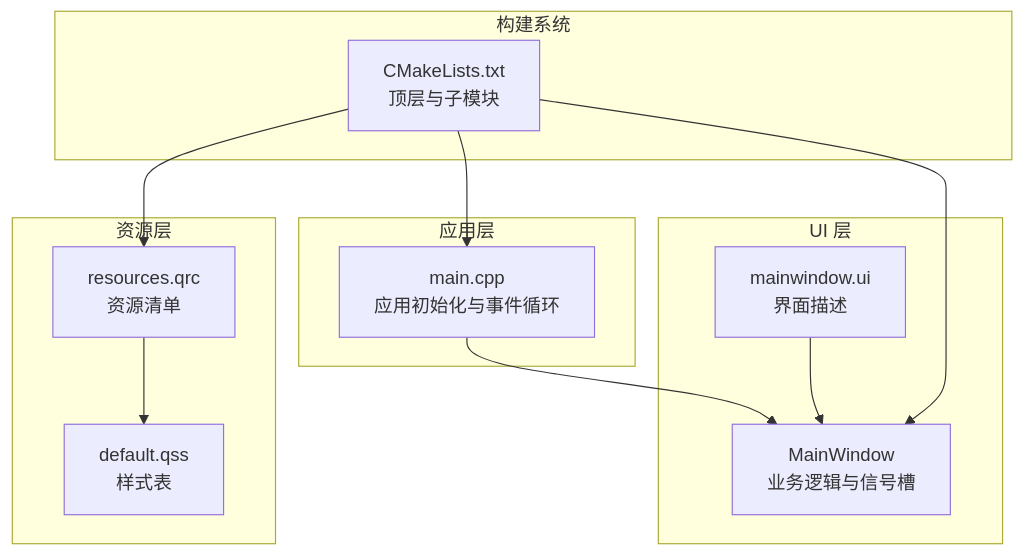
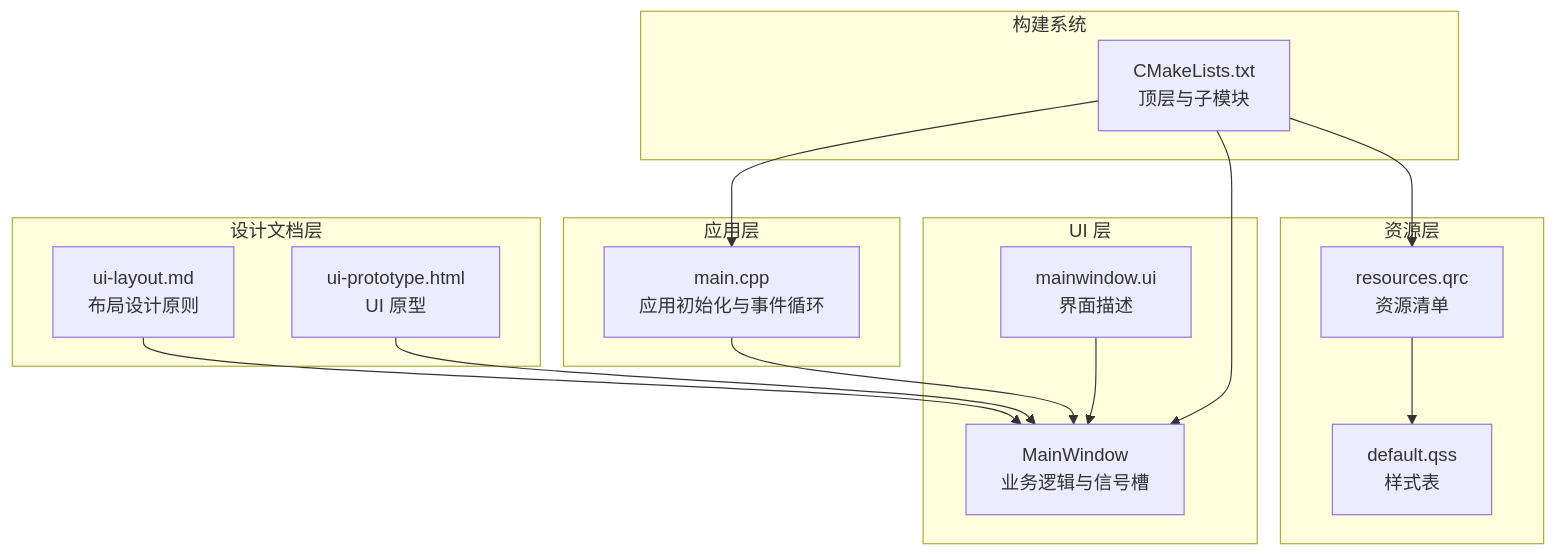
The second of 3 diagrams in .qoder/repowiki/zh/content/开发指南/开发指南.md (jakecai1225-design/OpenBus), drawn with Mermaid before and after one commit. The commit also changed other lines of this file and 44 other files, not shown here.

````diff
--- a/.qoder/repowiki/zh/content/开发指南/开发指南.md
+++ b/.qoder/repowiki/zh/content/开发指南/开发指南.md
@@ -92,23 +116,29 @@
 ```mermaid
 graph TB
 subgraph "应用层"
 M["main.cpp<br/>应用初始化与事件循环"]
 end
 subgraph "UI 层"
 MW["MainWindow<br/>业务逻辑与信号槽"]
 UIC["mainwindow.ui<br/>界面描述"]
 end
 subgraph "资源层"
 QRC["resources.qrc<br/>资源清单"]
 QSS["default.qss<br/>样式表"]
 end
+subgraph "设计文档层"
+LAYOUT["ui-layout.md<br/>布局设计原则"]
+PROTOTYPE["ui-prototype.html<br/>UI 原型"]
+end
 subgraph "构建系统"
 CMAKE["CMakeLists.txt<br/>顶层与子模块"]
 end
 M --> MW
 UIC --> MW
 QRC --> QSS
+LAYOUT --> MW
+PROTOTYPE --> MW
 CMAKE --> M
 CMAKE --> MW
 CMAKE --> QRC
 ```
````
